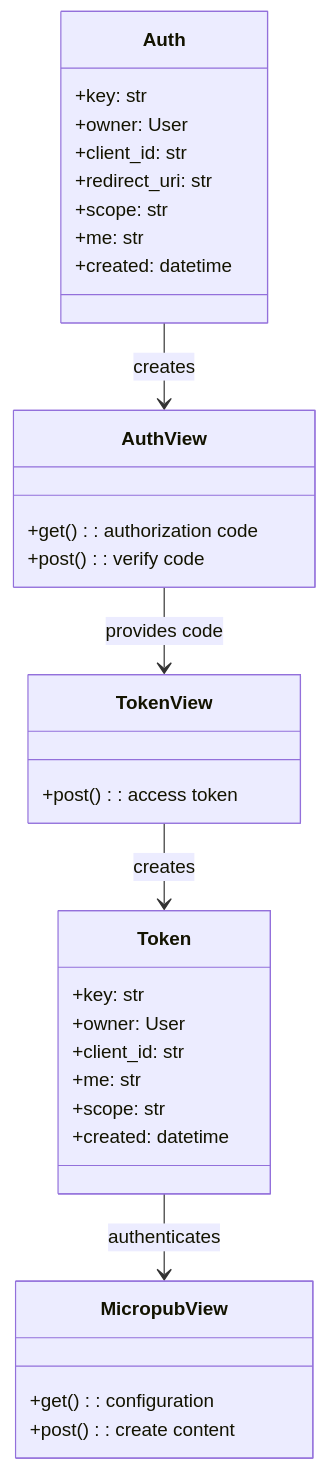
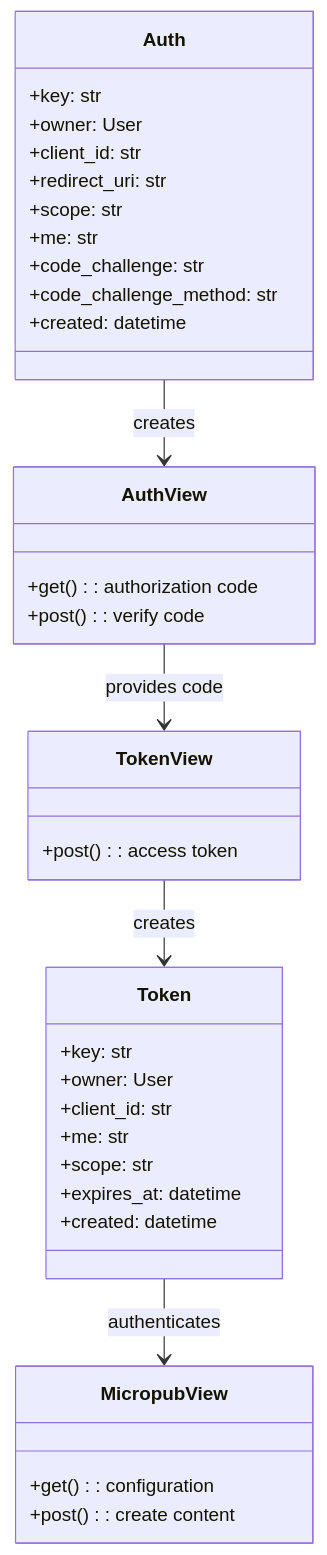
Before and after one commit to ephes/django-indieweb: the third of 3 diagrams in docs/concepts.rst, drawn with Mermaid. The commit also changed other lines of this file and 13 other files, not shown here.

```diff
--- a/docs/concepts.rst
+++ b/docs/concepts.rst
@@ -95,40 +95,43 @@
 .. mermaid::
 
    classDiagram
        class Auth {
            +key: str
            +owner: User
            +client_id: str
            +redirect_uri: str
            +scope: str
            +me: str
+           +code_challenge: str
+           +code_challenge_method: str
            +created: datetime
        }
 
        class Token {
            +key: str
            +owner: User
            +client_id: str
            +me: str
            +scope: str
+           +expires_at: datetime
            +created: datetime
        }
 
        class AuthView {
            +get() : authorization code
            +post() : verify code
        }
 
        class TokenView {
            +post() : access token
        }
 
        class MicropubView {
            +get() : configuration
            +post() : create content
        }
 
        Auth --> AuthView : creates
        AuthView --> TokenView : provides code
        TokenView --> Token : creates
        Token --> MicropubView : authenticates
```
